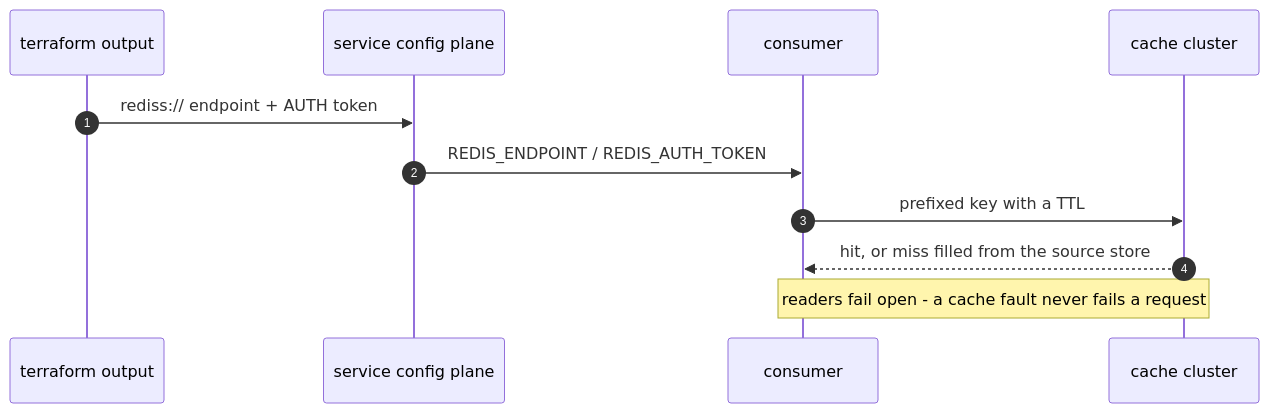
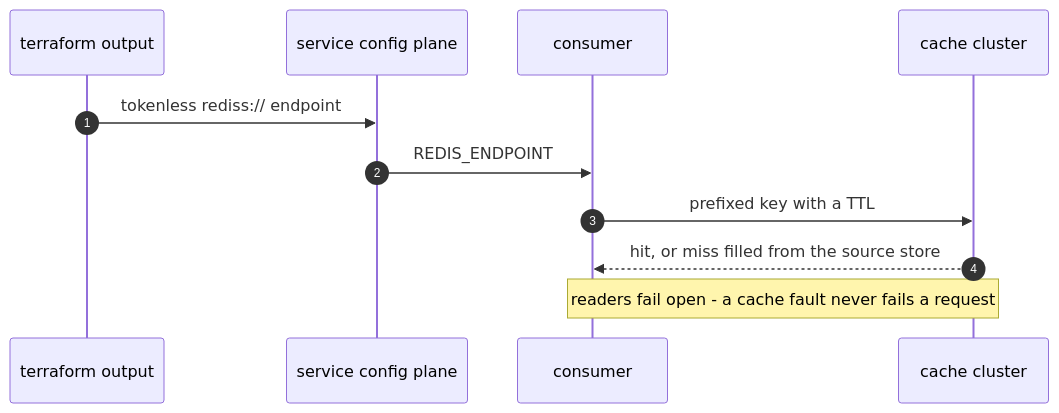
Before and after one commit to kunalPisolkar24/detectAI: the fourth of 7 diagrams in infra/docs/concepts/fabrics.md, drawn with Mermaid. The commit also changed other lines of this file and 48 other files, not shown here.

Commit message:
Migrate shared cache to ElastiCache Serverless and remove chats Redis auth token

````diff
--- a/infra/docs/concepts/fabrics.md
+++ b/infra/docs/concepts/fabrics.md
@@ -93,14 +92,14 @@
 ```mermaid
 sequenceDiagram
     autonumber
     participant TF as terraform output
     participant CFG as service config plane
     participant C as consumer
     participant R as cache cluster
 
-    TF->>CFG: rediss:// endpoint + AUTH token
-    CFG->>C: REDIS_ENDPOINT / REDIS_AUTH_TOKEN
+    TF->>CFG: tokenless rediss:// endpoint
+    CFG->>C: REDIS_ENDPOINT
     C->>R: prefixed key with a TTL
     R-->>C: hit, or miss filled from the source store
     note over C,R: readers fail open - a cache fault never fails a request
 ```
````
